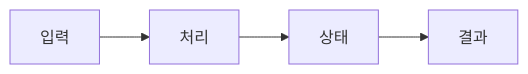
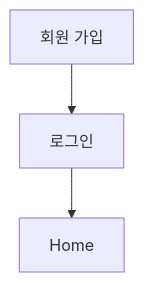
Before and after one commit to umyunsang/edu: the diagram in ComputerScience/04_systems-infrastructure/linux/notes/08. Flask 회원 기능.md, drawn with Mermaid. The commit also changed other lines of this file and 7 other files, not shown here.

````diff
--- a/ComputerScience/04_systems-infrastructure/linux/notes/08. Flask 회원 기능.md
+++ b/ComputerScience/04_systems-infrastructure/linux/notes/08. Flask 회원 기능.md
@@ -25,6 +19,5 @@
 ```mermaid
-flowchart LR
- A[입력] --> B[처리]
- B --> C[상태]
- C --> D[결과]
+flowchart TB
+    A[회원 가입] --> B[로그인]
+    B --> C[Home]
 ```
````
